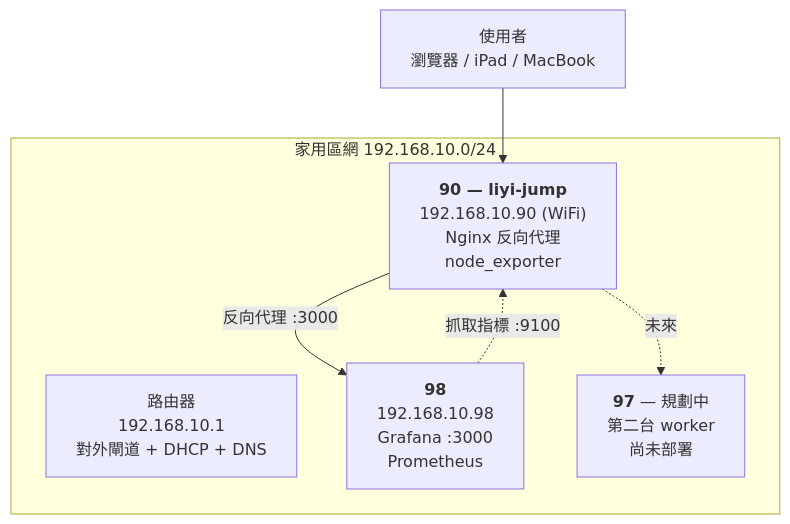
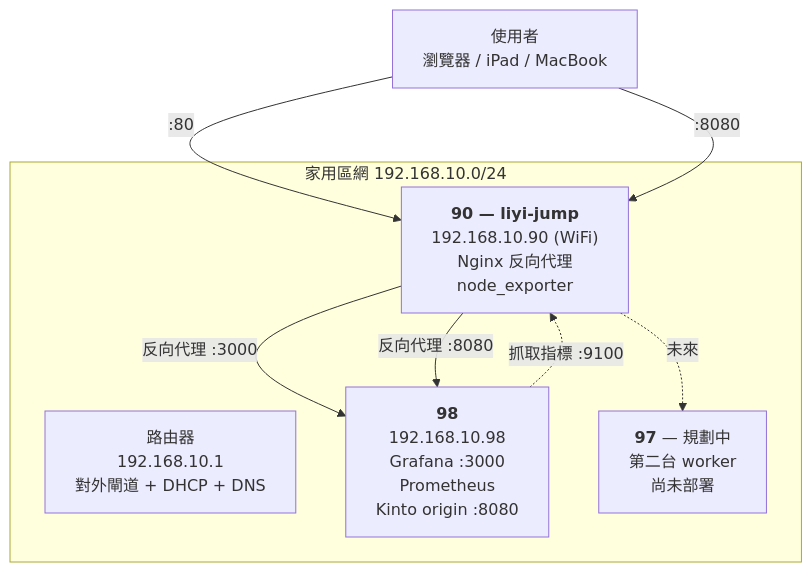
One commit to liyibass/software-engineer-roadmap changed the second of 2 diagrams in playground/liyi-server/README.md. Above: the diagram before and after it, drawn with Mermaid. The commit also changed other lines of this file and 4 other files, not shown here.

````diff
--- a/playground/liyi-server/README.md
+++ b/playground/liyi-server/README.md
@@ -31,15 +31,17 @@
 ```mermaid
 graph TB
     subgraph LAN["家用區網 192.168.10.0/24"]
         R["路由器<br/>192.168.10.1<br/>對外閘道 + DHCP + DNS"]
         J["<b>90 — liyi-jump</b><br/>192.168.10.90 (WiFi)<br/>Nginx 反向代理<br/>node_exporter"]
-        S["<b>98</b><br/>192.168.10.98<br/>Grafana :3000<br/>Prometheus"]
+        S["<b>98</b><br/>192.168.10.98<br/>Grafana :3000<br/>Prometheus<br/>Kinto origin :8080"]
         W["<b>97</b> — 規劃中<br/>第二台 worker<br/>尚未部署"]
     end
     U["使用者<br/>瀏覽器 / iPad / MacBook"]
 
-    U --> J
+    U -->|":80"| J
+    U -->|":8080"| J
     J -->|"反向代理 :3000"| S
+    J -->|"反向代理 :8080"| S
     J -.->|"未來"| W
     S -.->|"抓取指標 :9100"| J
 ```
````
